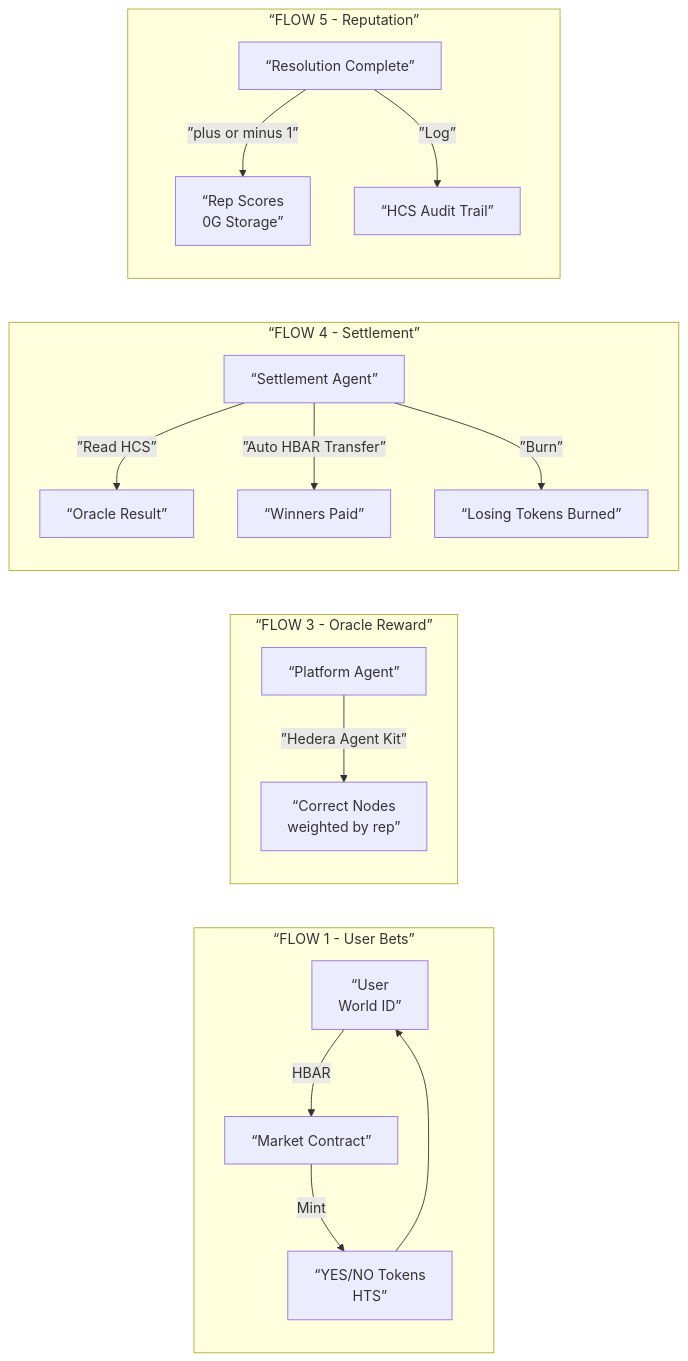
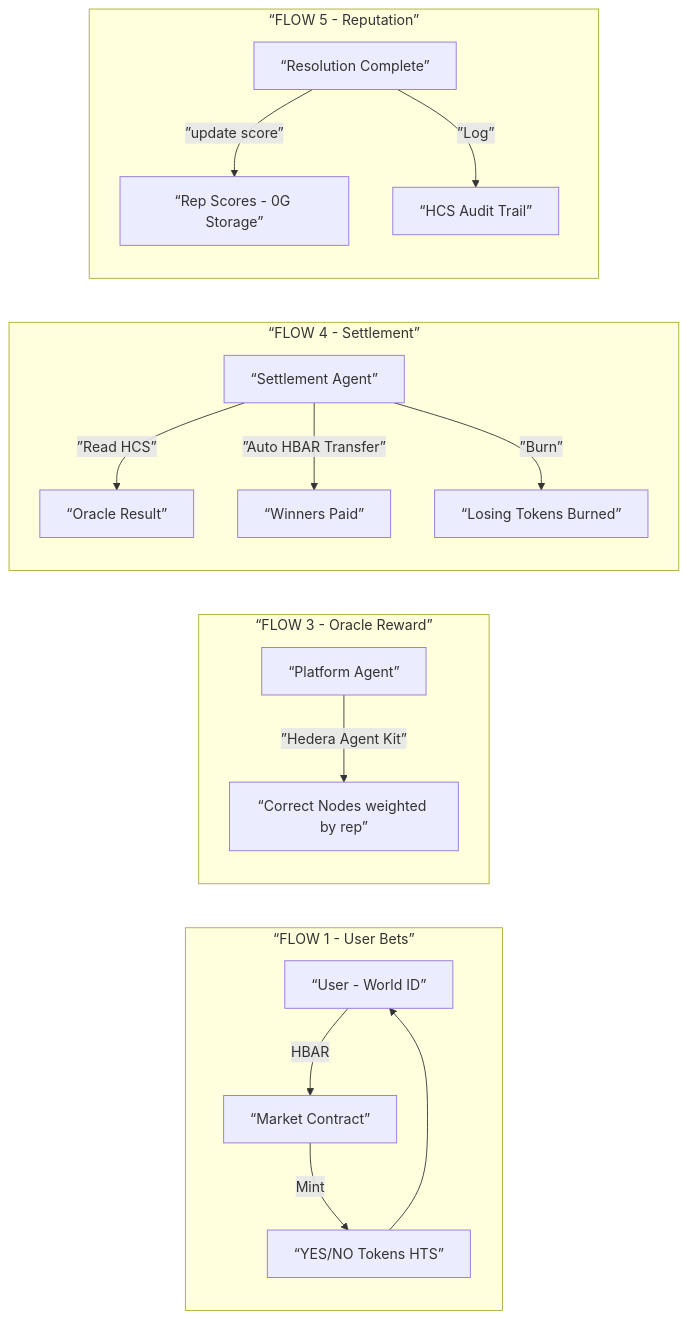
Before and after one commit to derek2403/cannes2026: the fifth of 8 diagrams in README.md, drawn with Mermaid. The commit also changed other lines of this file, not shown here.

````diff
--- a/README.md
+++ b/README.md
@@ -437,23 +430,23 @@
 ```mermaid
 graph LR
     subgraph F1[“FLOW 1 - User Bets”]
-        U1[“User<br/>World ID”] -->|HBAR| MC[“Market Contract”]
-        MC -->|Mint| T1[“YES/NO Tokens<br/>HTS”]
+        U1[“User - World ID”] -->|HBAR| MC[“Market Contract”]
+        MC -->|Mint| T1[“YES/NO Tokens HTS”]
         T1 --> U1
     end
 
     subgraph F3[“FLOW 3 - Oracle Reward”]
-        PA[“Platform Agent”] -->|”Hedera Agent Kit”| CORRECT[“Correct Nodes<br/>weighted by rep”]
+        PA[“Platform Agent”] -->|”Hedera Agent Kit”| CORRECT[“Correct Nodes weighted by rep”]
     end
 
     subgraph F4[“FLOW 4 - Settlement”]
         SA2[“Settlement Agent”] -->|”Read HCS”| RESULT2[“Oracle Result”]
         SA2 -->|”Auto HBAR Transfer”| WIN[“Winners Paid”]
         SA2 -->|”Burn”| LOSE[“Losing Tokens Burned”]
     end
 
     subgraph F5[“FLOW 5 - Reputation”]
-        RES[“Resolution Complete”] -->|”plus or minus 1”| REP[“Rep Scores<br/>0G Storage”]
+        RES[“Resolution Complete”] -->|”update score”| REP[“Rep Scores - 0G Storage”]
         RES -->|”Log”| AUDIT[“HCS Audit Trail”]
     end
 ```
````
